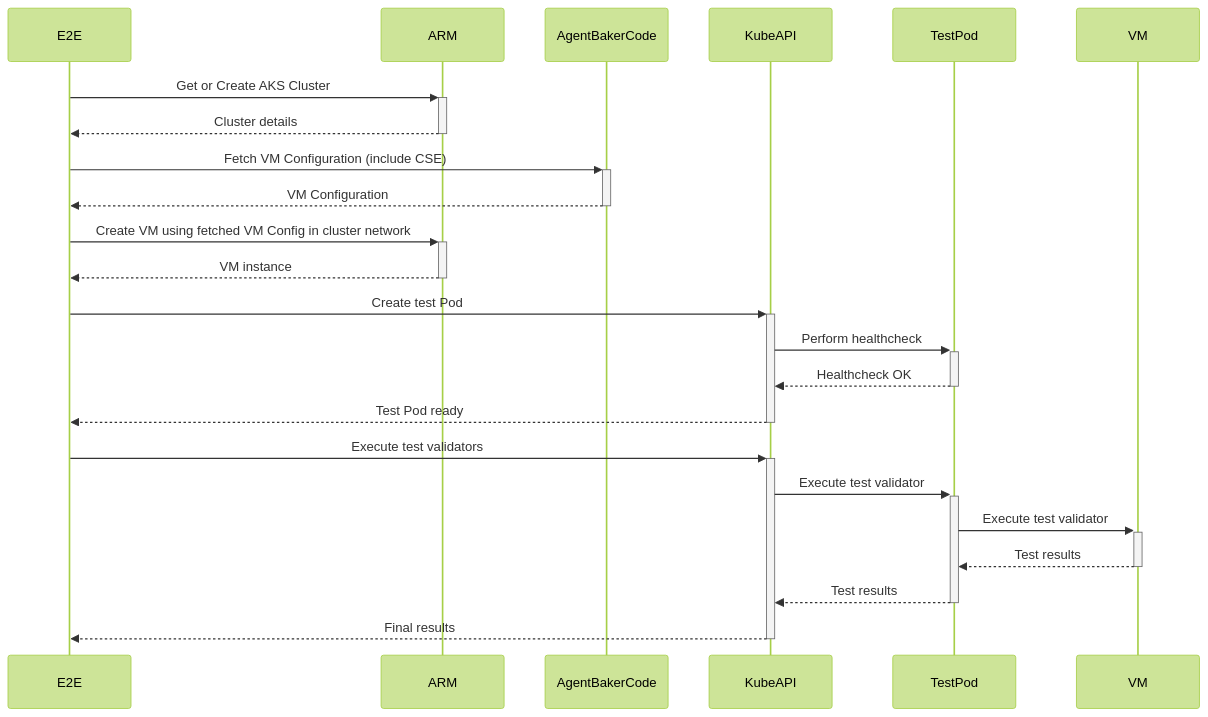
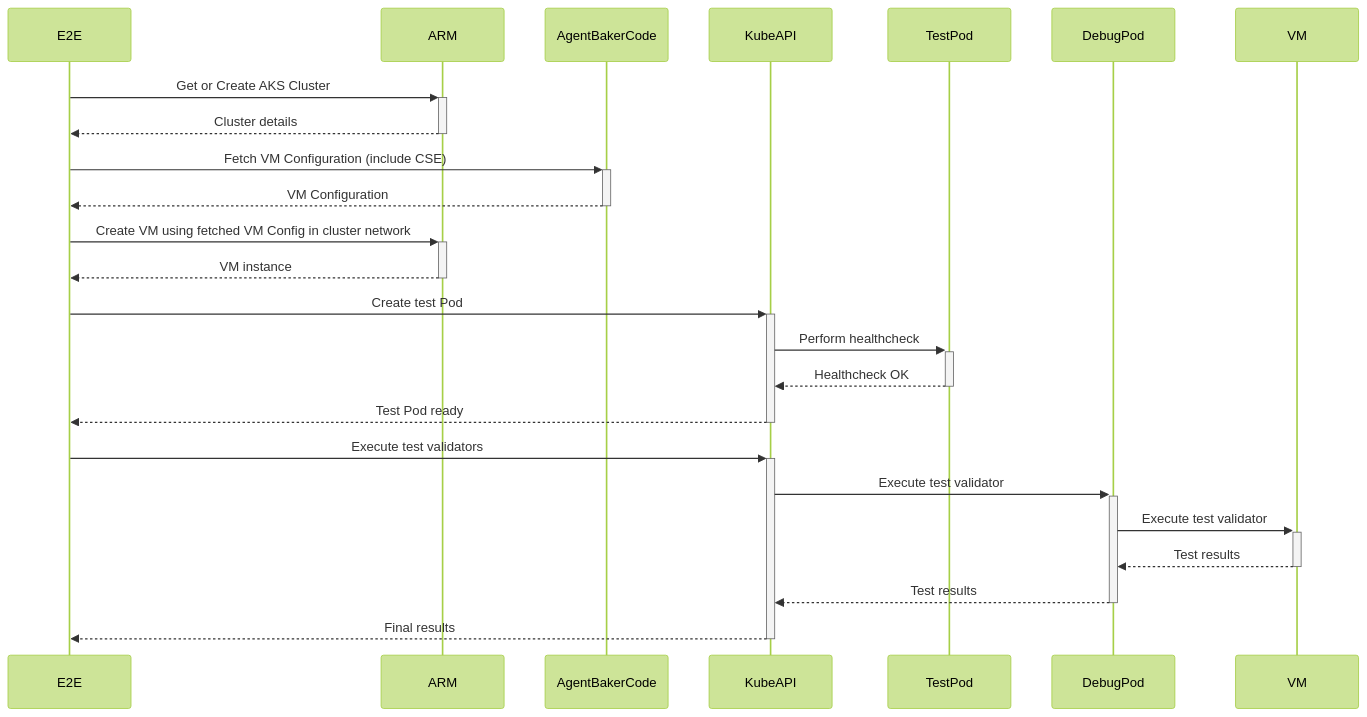
One commit to Azure/AgentBaker changed the diagram in e2e/README.md. Above: the diagram before and after it, drawn with Mermaid (forest theme).

Commit message:
add debug pod

````diff
--- a/e2e/README.md
+++ b/e2e/README.md
@@ -19,19 +19,19 @@
 ```mermaid
 sequenceDiagram
     E2E->>+ARM: Get or Create AKS Cluster
     ARM-->>-E2E: Cluster details
     E2E->>+AgentBakerCode: Fetch VM Configuration (include CSE)
     AgentBakerCode-->>-E2E: VM Configuration
     E2E->>+ARM: Create VM using fetched VM Config in cluster network
     ARM-->>-E2E: VM instance
     E2E->>+KubeAPI: Create test Pod
     KubeAPI->>+TestPod: Perform healthcheck
     TestPod-->>-KubeAPI: Healthcheck OK
     KubeAPI-->>-E2E: Test Pod ready
     E2E->>+KubeAPI: Execute test validators
-    KubeAPI->>+TestPod: Execute test validator
-    TestPod->>+VM: Execute test validator
-    VM-->>-TestPod: Test results
-    TestPod-->>-KubeAPI: Test results
+    KubeAPI->>+DebugPod: Execute test validator
+    DebugPod->>+VM: Execute test validator
+    VM-->>-DebugPod: Test results
+    DebugPod-->>-KubeAPI: Test results
     KubeAPI-->>-E2E: Final results
 ```
````
